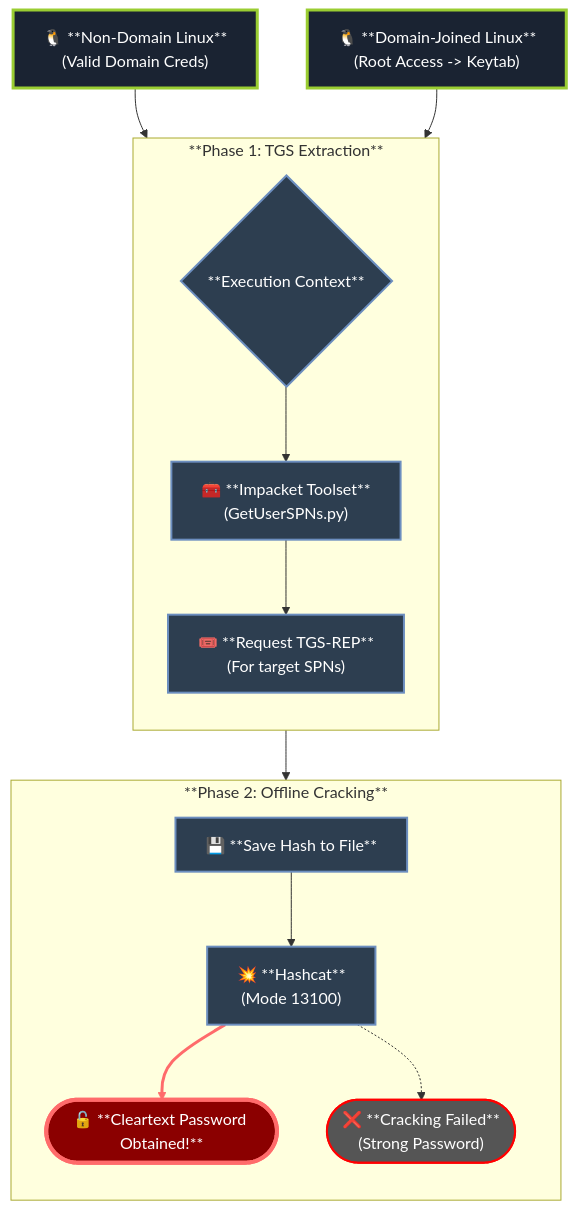
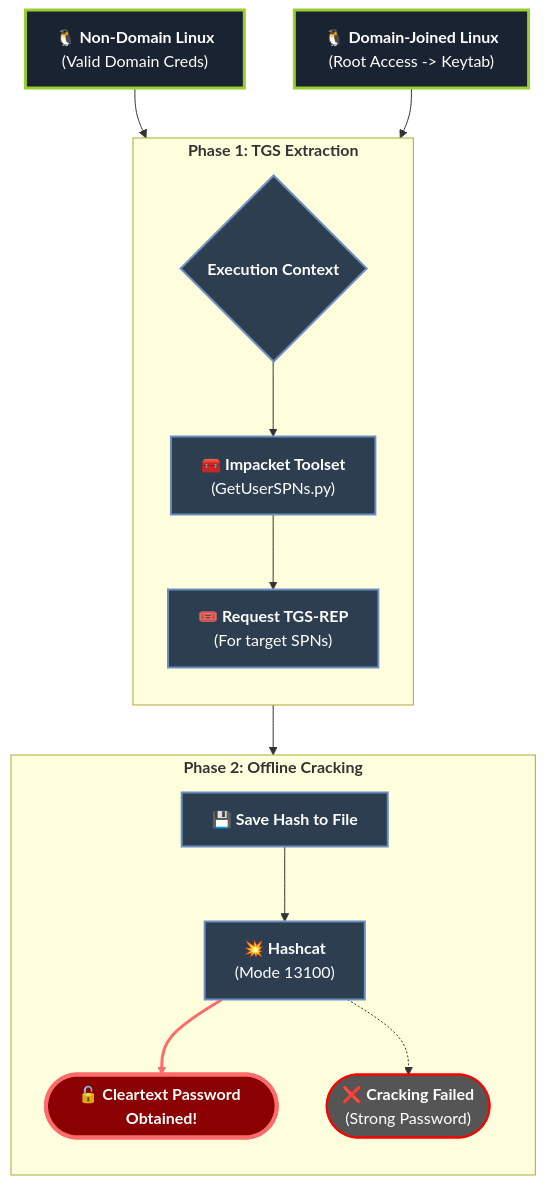
The eighth of 10 diagrams in docs/10-active-directory.md (Roothulhu/Pwnomicon), drawn with Mermaid before and after one commit. The commit also changed other lines of this file, not shown here.

````diff
--- a/docs/10-active-directory.md
+++ b/docs/10-active-directory.md
@@ -9231,33 +9231,33 @@
 ```mermaid
 flowchart TD
     %% Initial Access
-    A["🐧 **Non-Domain Linux**<br/>(Valid Domain Creds)"] --> C{"**Execution Context**"}
-    B["🐧 **Domain-Joined Linux**<br/>(Root Access -> Keytab)"] --> C
+    A["🐧 <b>Non-Domain Linux</b><br/>(Valid Domain Creds)"] --> C{"<b>Execution Context</b>"}
+    B["🐧 <b>Domain-Joined Linux</b><br/>(Root Access -> Keytab)"] --> C
 
     %% Tooling & Extraction
-    subgraph Extraction ["**Phase 1: TGS Extraction**"]
+    subgraph Extraction ["<b>Phase 1: TGS Extraction</b>"]
         direction TB
-        C --> D["🧰 **Impacket Toolset**<br/>(GetUserSPNs.py)"]
-        D --> E["🎟️ **Request TGS-REP**<br/>(For target SPNs)"]
+        C --> D["🧰 <b>Impacket Toolset</b><br/>(GetUserSPNs.py)"]
+        D --> E["🎟️ <b>Request TGS-REP</b><br/>(For target SPNs)"]
     end
 
     %% Cracking
-    subgraph Cracking ["**Phase 2: Offline Cracking**"]
+    subgraph Cracking ["<b>Phase 2: Offline Cracking</b>"]
         direction TB
-        E --> F["💾 **Save Hash to File**"]
-        F --> G["💥 **Hashcat**<br/>(Mode 13100)"]
-        G --> H(["🔓 **Cleartext Password Obtained!**"])
-        G -.-> I(["❌ **Cracking Failed**<br/>(Strong Password)"])
+        E --> F["💾 <b>Save Hash to File</b>"]
+        F --> G["💥 <b>Hashcat</b><br/>(Mode 13100)"]
+        G --> H(["🔓 <b>Cleartext Password Obtained!</b>"])
+        G -.-> I(["❌ <b>Cracking Failed</b><br/>(Strong Password)"])
     end
 
     %% Styling
     style A fill:#1a2332,stroke:#9ACD32,stroke-width:3px,color:#fff
     style B fill:#1a2332,stroke:#9ACD32,stroke-width:3px,color:#fff
     style H fill:#8b0000,stroke:#ff6b6b,stroke-width:4px,color:#fff
     style I fill:#555555,stroke:#ff0000,stroke-width:2px,color:#fff
 
     classDef defaultNode fill:#2d3e50,stroke:#6c8ebf,stroke-width:2px,color:#fff;
     class C,D,E,F,G defaultNode;
 
     linkStyle 6 stroke:#ff6b6b,stroke-width:3px
 ```
````
